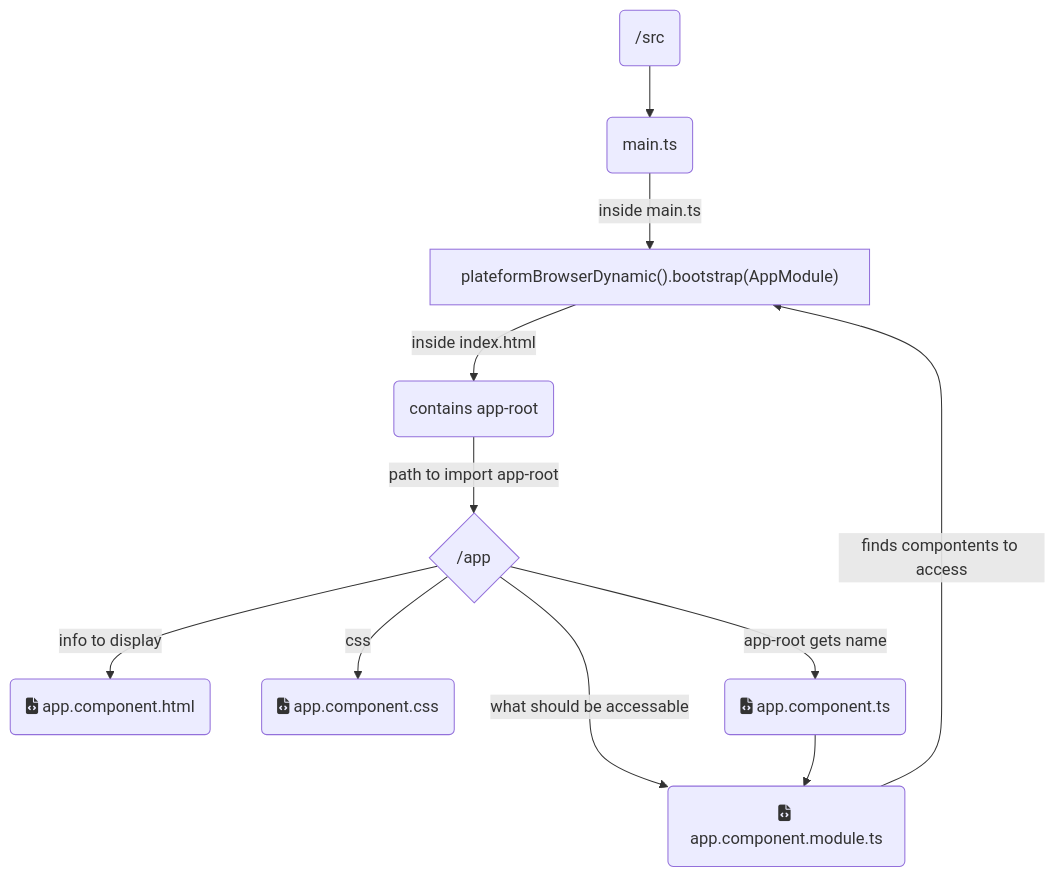
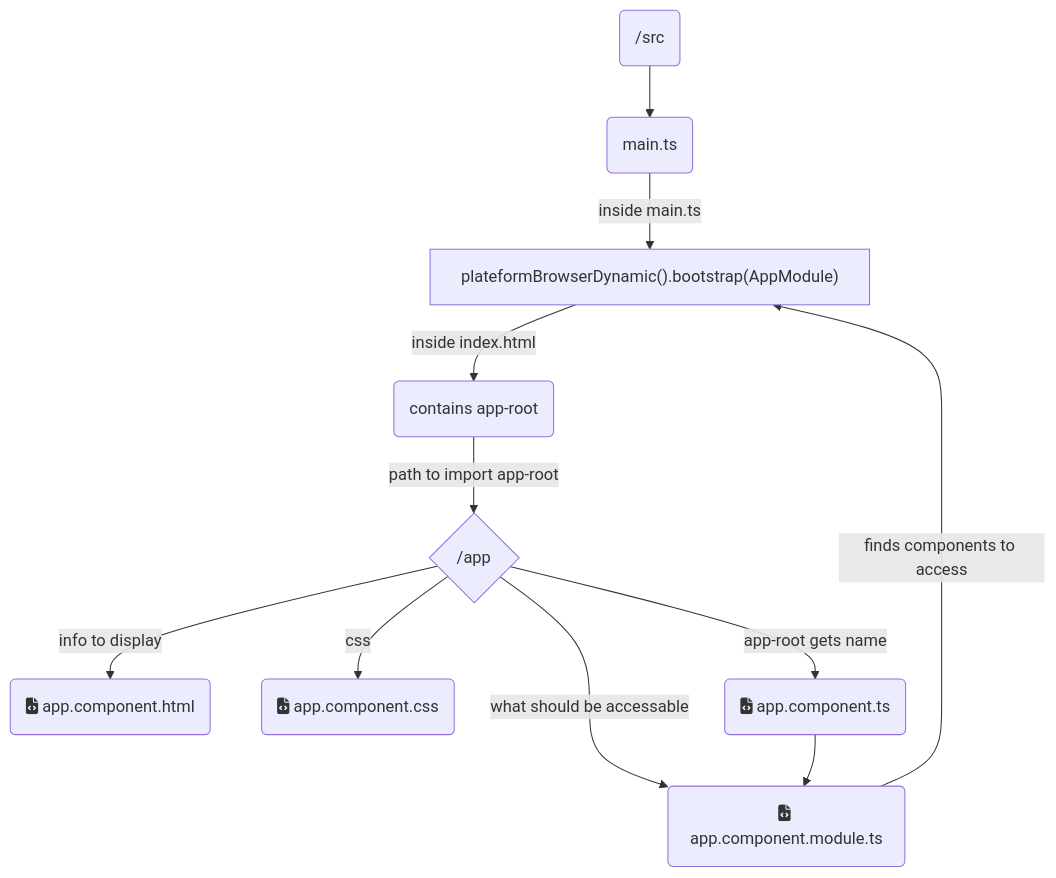
The first of 2 diagrams in README.md (listenToRipley/angular), drawn with Mermaid before and after one commit. The commit also changed other lines of this file and 1 other file, not shown here.

````diff
--- a/README.md
+++ b/README.md
@@ -42,14 +42,14 @@
 ```mermaid
 flowchart TD
     A(/src) --> B
     B(main.ts) -->|inside main.ts| C["plateformBrowserDynamic().bootstrap(AppModule)"]
     C -->|inside index.html| D(contains app-root)
     D -->|path to import app-root| E{/app}
     E -->|info to display| F(fa:fa-file-code app.component.html)
     E -->|css| G(fa:fa-file-code app.component.css)
     E -->|app-root gets name| H(fa:fa-file-code app.component.ts)
     E -->|what should be accessable| I(fa:fa-file-code app.component.module.ts)
     H --> I
-    I --> |finds compontents to access| C
+    I --> |finds components to access| C
    
 ```
````
